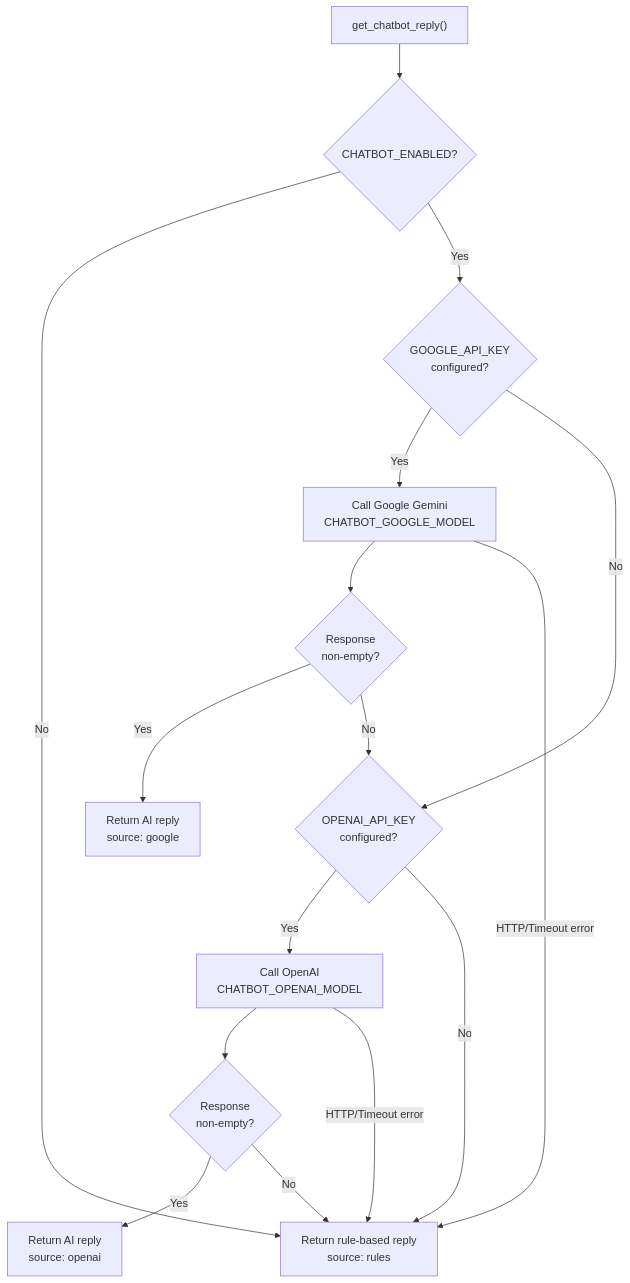
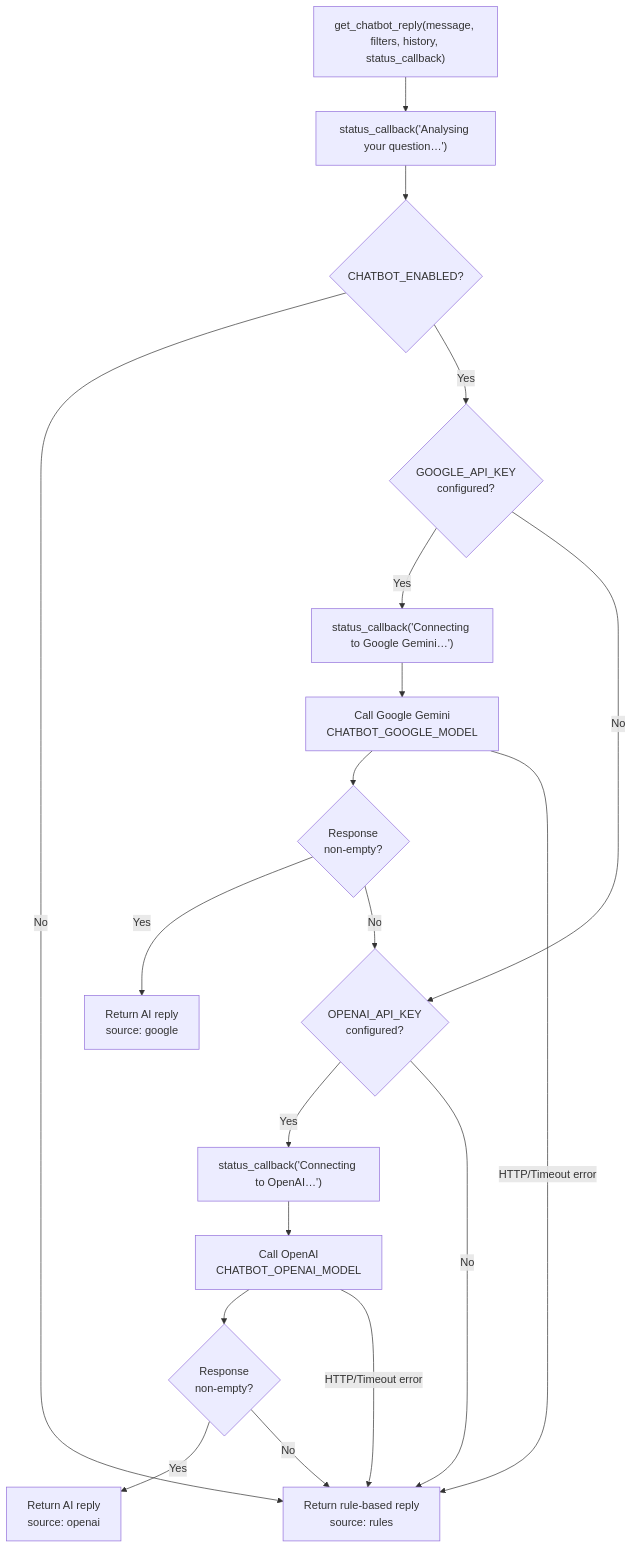
One commit to SeanM04/register_platform changed the fifth of 5 diagrams in docs/CHATBOT.md. Above: the diagram before and after it, drawn with Mermaid. The commit also changed other lines of this file and 13 other files, not shown here.

````diff
--- a/docs/CHATBOT.md
+++ b/docs/CHATBOT.md
@@ -273,19 +322,22 @@
 ```mermaid
 flowchart TD
-    START["get_chatbot_reply()"]
-    START --> CHECK_EN{CHATBOT_ENABLED?}
+    START["get_chatbot_reply(message, filters, history, status_callback)"]
+    START --> EMIT1["status_callback('Analysing your question…')"]
+    EMIT1 --> CHECK_EN{CHATBOT_ENABLED?}
     CHECK_EN -->|No| RULES["Return rule-based reply\nsource: rules"]
     CHECK_EN -->|Yes| CHECK_G{GOOGLE_API_KEY\nconfigured?}
-    CHECK_G -->|Yes| GOOGLE["Call Google Gemini\nCHATBOT_GOOGLE_MODEL"]
+    CHECK_G -->|Yes| EMIT2["status_callback('Connecting to Google Gemini…')"]
+    EMIT2 --> GOOGLE["Call Google Gemini\nCHATBOT_GOOGLE_MODEL"]
     GOOGLE --> GEMINI_OK{Response\nnon-empty?}
     GEMINI_OK -->|Yes| AI_REPLY["Return AI reply\nsource: google"]
-    GEMINI_OK -->|No| CHECK_O{OPENAI_API_KEY\nconfigured?}
-    CHECK_G -->|No| CHECK_O
-    CHECK_O -->|Yes| OPENAI["Call OpenAI\nCHATBOT_OPENAI_MODEL"]
+    GEMINI_OK -->|No| CHECK_O
+    CHECK_G -->|No| CHECK_O{OPENAI_API_KEY\nconfigured?}
+    CHECK_O -->|Yes| EMIT3["status_callback('Connecting to OpenAI…')"]
+    EMIT3 --> OPENAI["Call OpenAI\nCHATBOT_OPENAI_MODEL"]
     OPENAI --> OAI_OK{Response\nnon-empty?}
     OAI_OK -->|Yes| OAI_REPLY["Return AI reply\nsource: openai"]
     OAI_OK -->|No| RULES
     CHECK_O -->|No| RULES
     GOOGLE -->|HTTP/Timeout error| RULES
     OPENAI -->|HTTP/Timeout error| RULES
 ```
````
